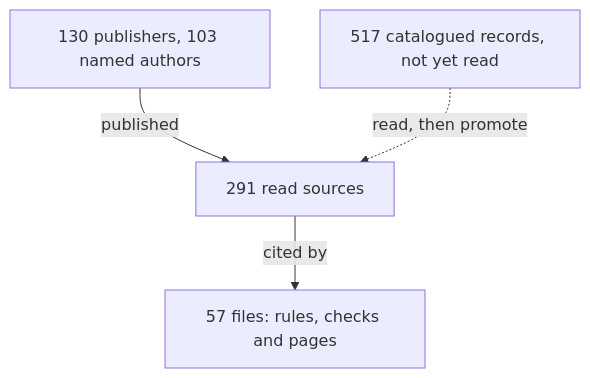
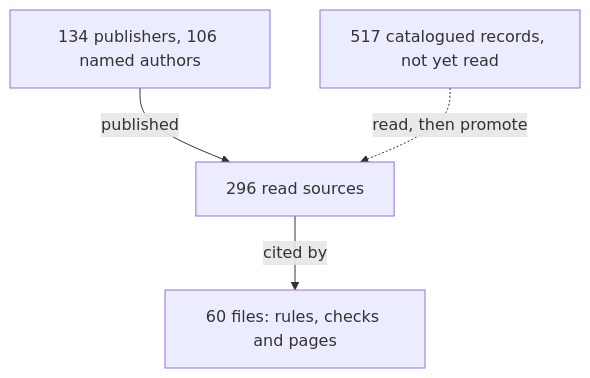
Before and after one commit to Valpatel/cad-agent: the diagram in docs/practice/experts.md, drawn with Mermaid. The commit also changed other lines of this file and 9 other files, not shown here.

````diff
--- a/docs/practice/experts.md
+++ b/docs/practice/experts.md
@@ -6,7 +6,7 @@
 ```mermaid
 flowchart TD
-  P["130 publishers, 103 named authors"] -->|published| S["291 read sources"]
-  S -->|cited by| U["57 files: rules, checks and pages"]
+  P["134 publishers, 106 named authors"] -->|published| S["296 read sources"]
+  S -->|cited by| U["60 files: rules, checks and pages"]
   C["517 catalogued records, not yet read"] -.->|read, then promote| S
   class S here
 ```
````
